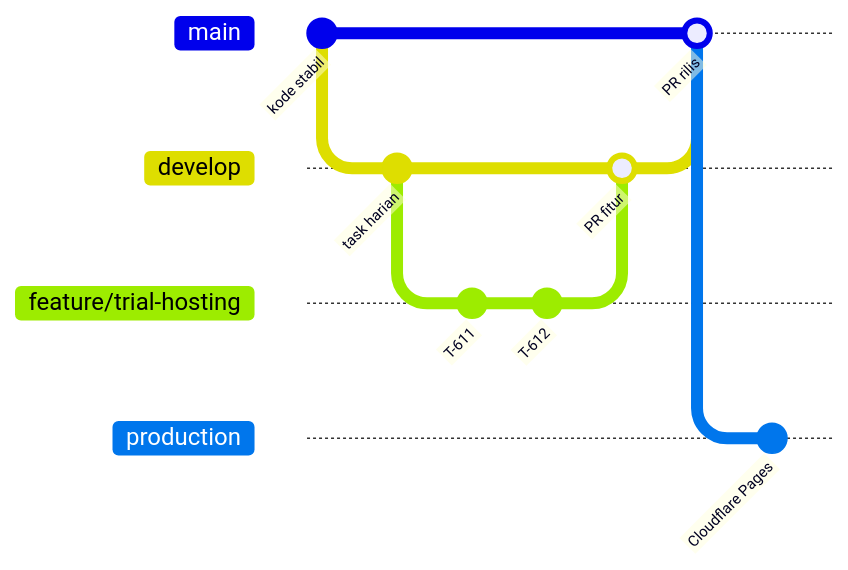
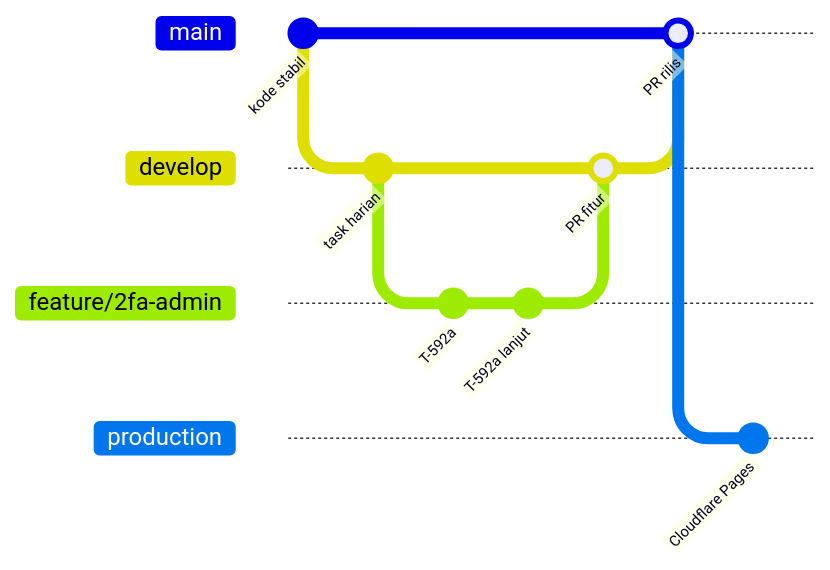
The second of 2 diagrams in README.md (devaldicaliesta/indoor-map), drawn with Mermaid before and after one commit. The commit also changed other lines of this file, not shown here.

````diff
--- a/README.md
+++ b/README.md
@@ -102,15 +103,15 @@
 ```mermaid
 gitGraph
     commit id: "kode stabil"
     branch develop
     commit id: "task harian"
-    branch feature/trial-hosting
-    commit id: "T-611"
-    commit id: "T-612"
+    branch feature/2fa-admin
+    commit id: "T-592a"
+    commit id: "T-592a lanjut"
     checkout develop
-    merge feature/trial-hosting id: "PR fitur"
+    merge feature/2fa-admin id: "PR fitur"
     checkout main
     merge develop id: "PR rilis"
     branch production
     commit id: "Cloudflare Pages"
 ```
````
